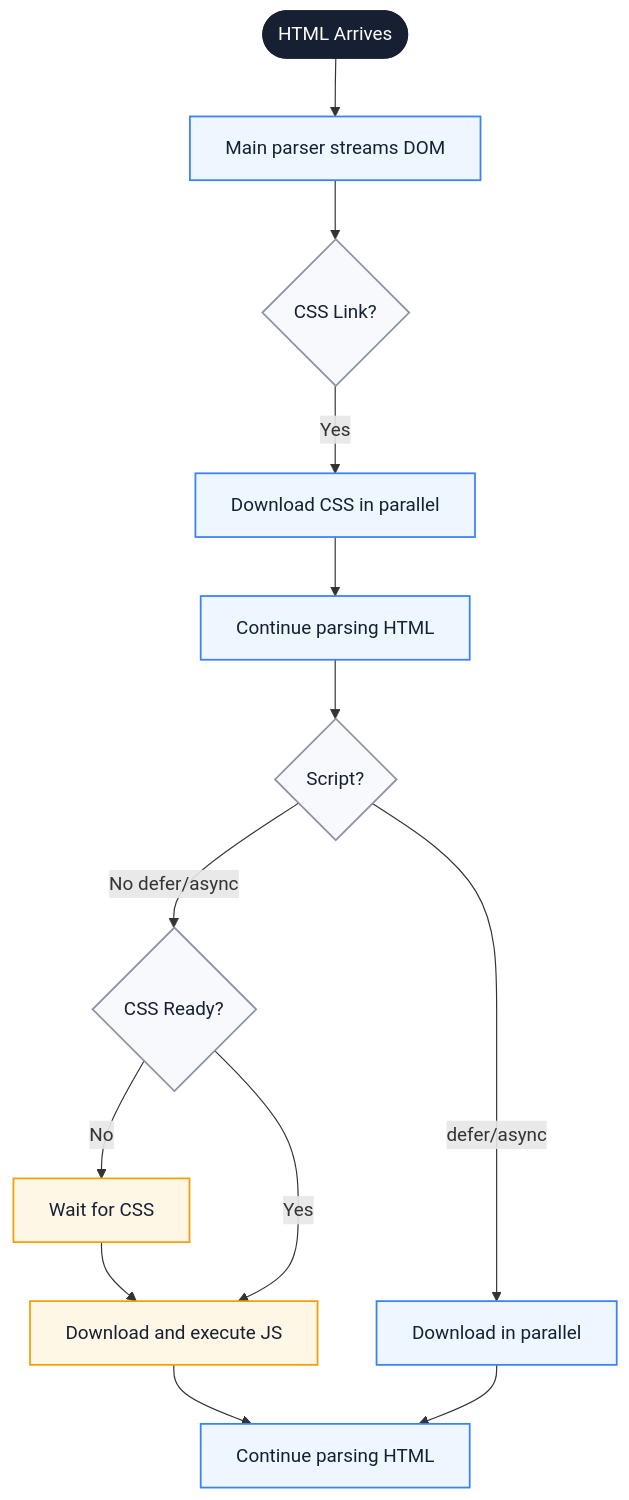
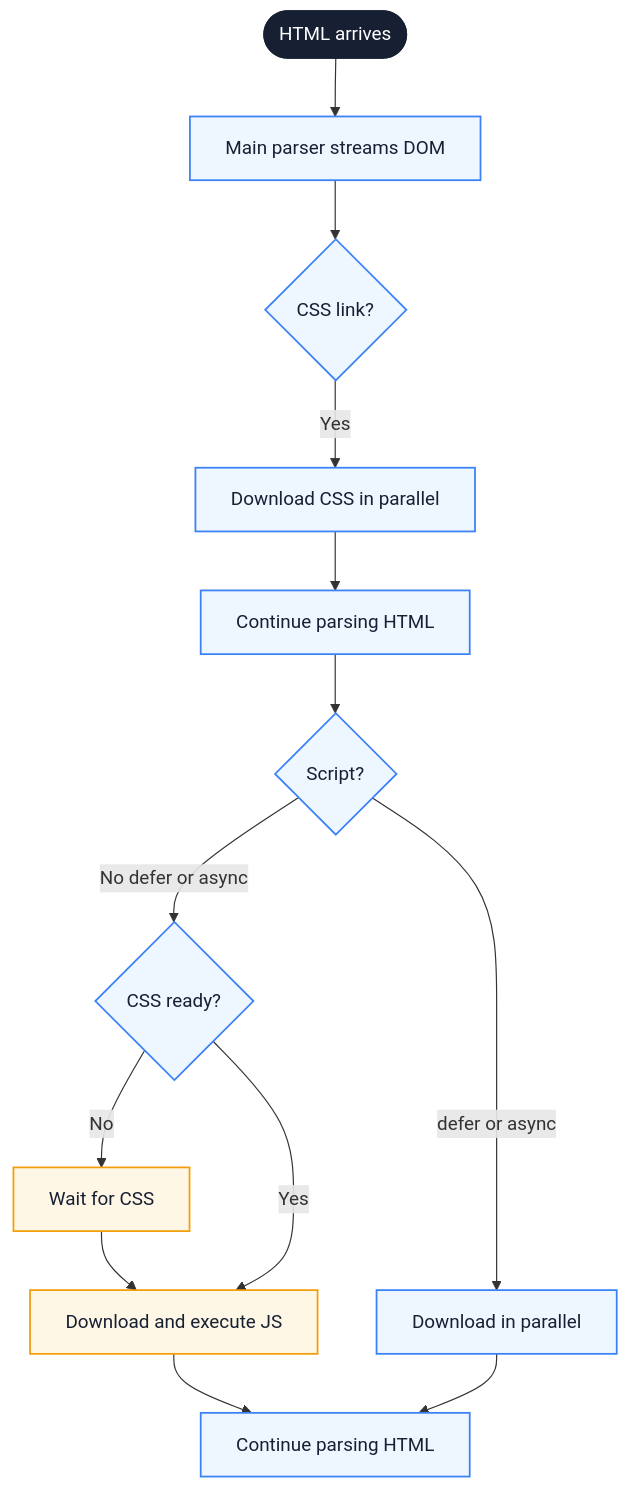
The second of 3 diagrams in docs/en/browser/rendering-pipeline.md (Fatejian/frontier-vault), drawn with Mermaid before and after one commit. The commit also changed other lines of this file and 41 other files, not shown here.

````diff
--- a/docs/en/browser/rendering-pipeline.md
+++ b/docs/en/browser/rendering-pipeline.md
@@ -189,26 +181,23 @@
 ```mermaid
-%%{init: {'theme': 'base', 'themeVariables': { 'fontFamily': 'Inter, PingFang SC, Microsoft YaHei, sans-serif', 'primaryColor': '#EEF6FF', 'primaryTextColor': '#172033', 'primaryBorderColor': '#6EA8FE', 'lineColor': '#8A94A6, 'fontSize': '13px'}}}%%
 flowchart TB
-    Start([HTML Arrives]) --> Parse[Main parser streams DOM]
-    Parse --> MeetCSS{CSS Link?}
+    Start([HTML arrives]) --> Parse[Main parser streams DOM]
+    Parse --> MeetCSS{CSS link?}
     MeetCSS -->|Yes| LoadCSS[Download CSS in parallel]
     LoadCSS --> Continue1[Continue parsing HTML]
     Continue1 --> MeetScript{Script?}
-    MeetScript -->|No defer/async| WaitCSS{CSS Ready?}
+    MeetScript -->|No defer or async| WaitCSS{CSS ready?}
     WaitCSS -->|No| Wait[Wait for CSS]
     Wait --> WaitJS[Download and execute JS]
     WaitCSS -->|Yes| WaitJS
     WaitJS --> Continue2[Continue parsing HTML]
-    MeetScript -->|defer/async| Parallel[Download in parallel]
+    MeetScript -->|defer or async| Parallel[Download in parallel]
     Parallel --> Continue2
 
-    classDef start fill:#172033,color:#fff,stroke:#172033,stroke-width:2px;
-    classDef normal fill:#EEF6FF,stroke:#3B82F6,color:#172033,stroke-width:1.5px;
+    classDef core fill:#172033,color:#fff,stroke:#172033,stroke-width:2px;
+    classDef wait fill:#EEF6FF,stroke:#3B82F6,color:#172033,stroke-width:1.5px;
     classDef block fill:#FFF7E6,stroke:#F59E0B,color:#172033,stroke-width:1.5px;
-    classDef decision fill:#F7F9FC,stroke:#8A94A6,color:#172033,stroke-width:1.5px;
 
-    class Start start;
-    class Parse,LoadCSS,Continue1,Parallel,Continue2 normal;
+    class Start core;
+    class Parse,LoadCSS,Continue1,Parallel,Continue2,MeetCSS,MeetScript,WaitCSS wait;
     class Wait,WaitJS block;
-    class MeetCSS,MeetScript,WaitCSS decision;
 ```
````
